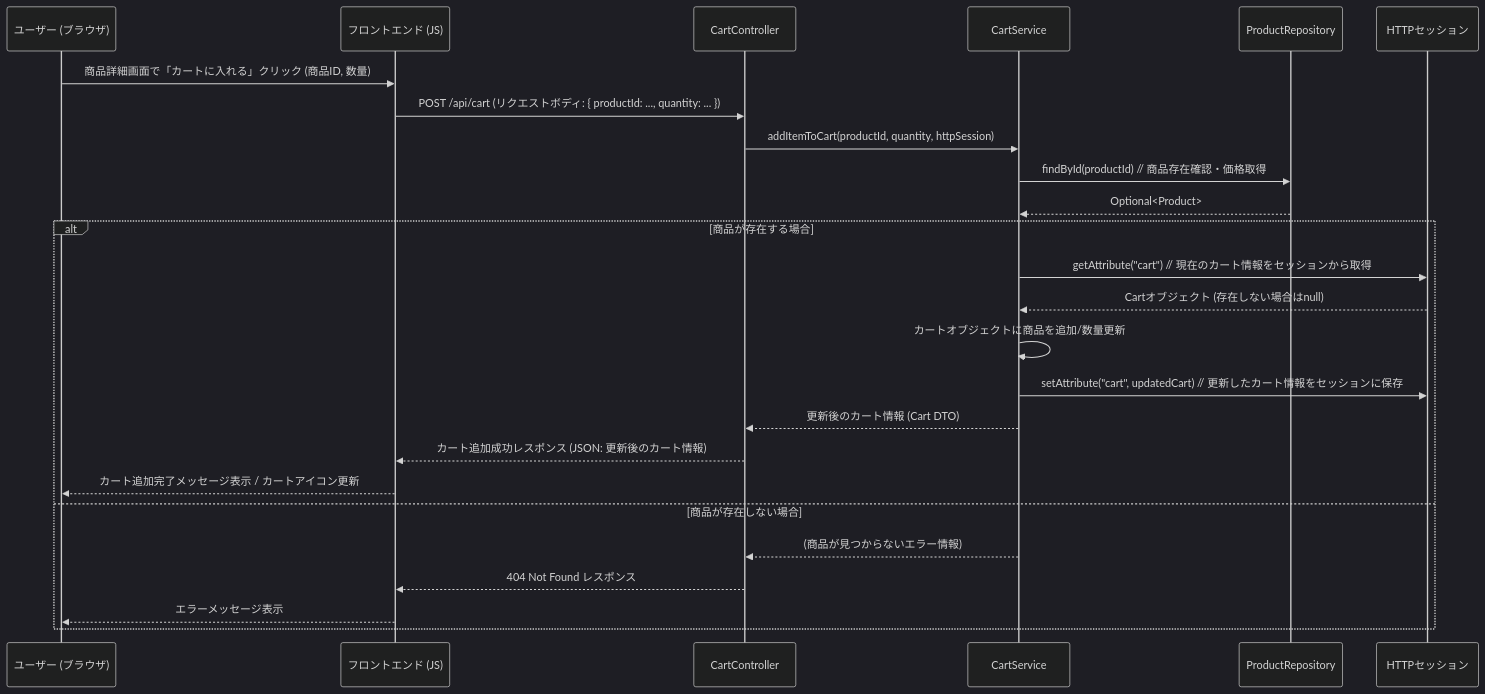
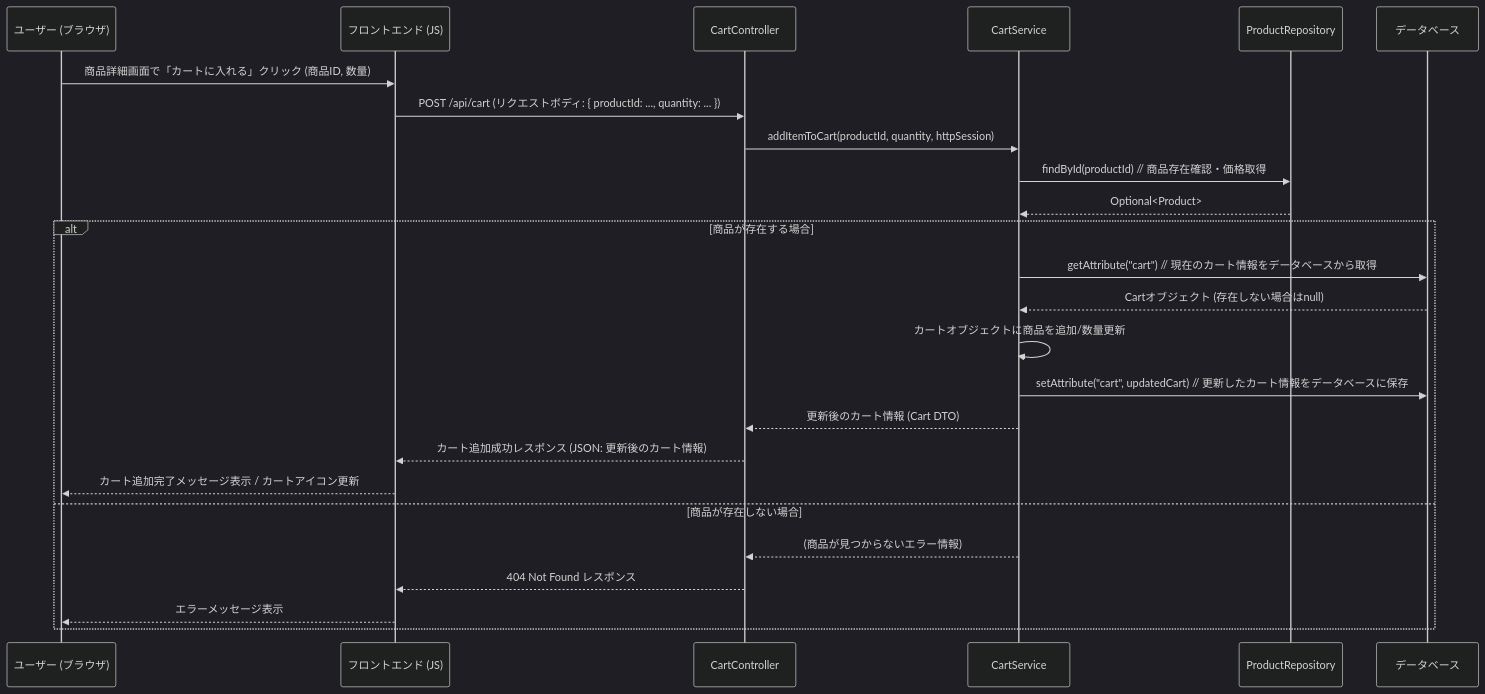
Before and after one commit to Hinako-Kimura127/neko: the third of 12 diagrams in 詳細設計/詳細設計.md, drawn with Mermaid (dark theme).

Commit message:
変更しました。

```diff
--- a/詳細設計/詳細設計.md
+++ b/詳細設計/詳細設計.md
@@ -157,28 +157,28 @@
 <div class="mermaid">
 sequenceDiagram
     participant User as ユーザー (ブラウザ)
     participant FE as フロントエンド (JS)
     participant CartController
     participant CartService
     participant ProductRepository
-    participant HttpSession as HTTPセッション
+    participant HttpSession as データベース
  
     User->>FE: 商品詳細画面で「カートに入れる」クリック (商品ID, 数量)
     FE->>CartController: POST /api/cart (リクエストボディ: { productId: ..., quantity: ... })
     CartController->>CartService: addItemToCart(productId, quantity, httpSession)
     CartService->>ProductRepository: findById(productId)  // 商品存在確認・価格取得
     ProductRepository-->>CartService: Optional<Product>
     alt 商品が存在する場合
-        CartService->>HttpSession: getAttribute("cart") // 現在のカート情報をセッションから取得
+        CartService->>HttpSession: getAttribute("cart") // 現在のカート情報をデータベースから取得
         HttpSession-->>CartService: Cartオブジェクト (存在しない場合はnull)
         CartService->>CartService: カートオブジェクトに商品を追加/数量更新
-        CartService->>HttpSession: setAttribute("cart", updatedCart) // 更新したカート情報をセッションに保存
+        CartService->>HttpSession: setAttribute("cart", updatedCart) // 更新したカート情報をデータベースに保存
         CartService-->>CartController: 更新後のカート情報 (Cart DTO)
         CartController-->>FE: カート追加成功レスポンス (JSON: 更新後のカート情報)
         FE-->>User: カート追加完了メッセージ表示 / カートアイコン更新
     else 商品が存在しない場合
         CartService-->>CartController: (商品が見つからないエラー情報)
         CartController-->>FE: 404 Not Found レスポンス
         FE-->>User: エラーメッセージ表示
     end
 </div>
```
